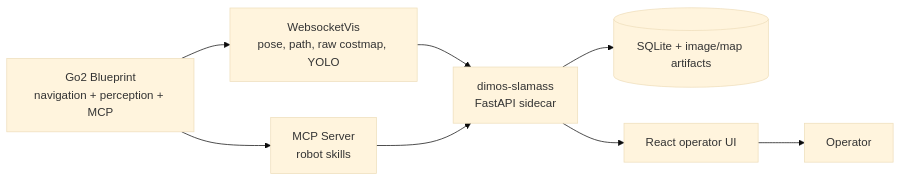
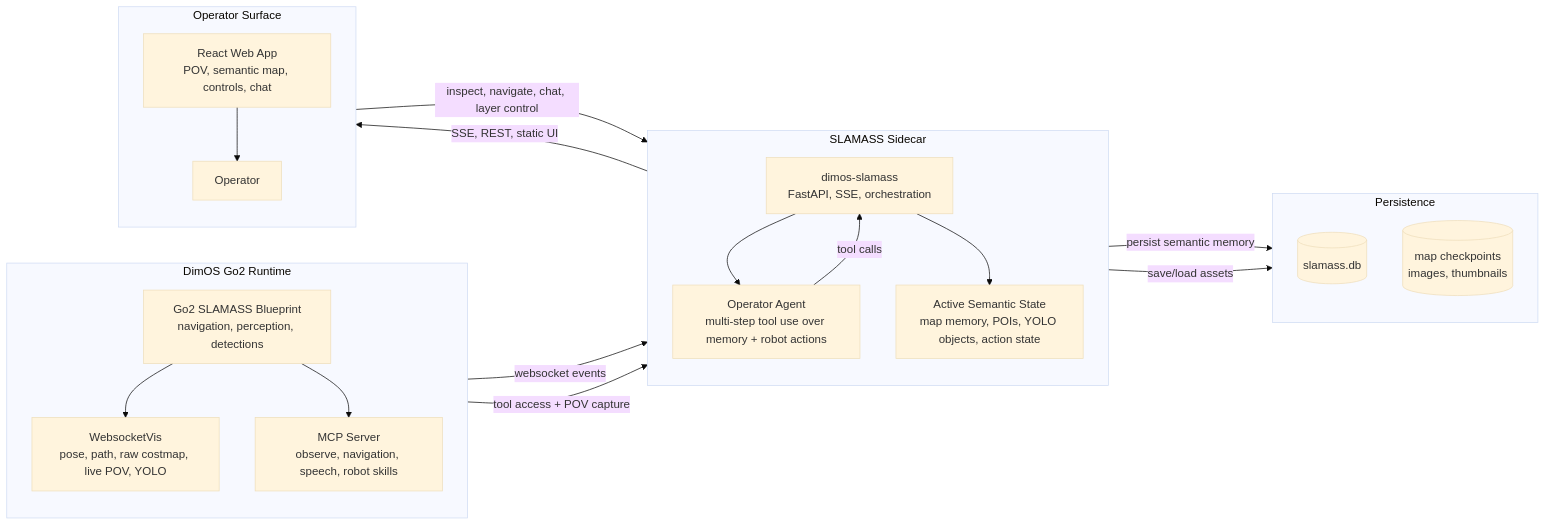
One commit to sherifnafie/dimos-slamass changed the diagram in README.md. Above: the diagram before and after it, drawn with Mermaid (base theme). The commit also changed 1 other file, not shown here.

Commit message:
docs: improve SLAMASS architecture diagrams

````diff
--- a/README.md
+++ b/README.md
@@ -38,10 +38,41 @@
 ```mermaid
 flowchart LR
-    Go2[Go2 Blueprint<br/>navigation + perception + MCP] --> Vis[WebsocketVis<br/>pose, path, raw costmap, YOLO]
-    Go2 --> MCP[MCP Server<br/>robot skills]
-    Vis --> Service[dimos-slamass<br/>FastAPI sidecar]
-    MCP --> Service
-    Service --> Store[(SQLite + image/map artifacts)]
-    Service --> UI[React operator UI]
-    UI --> Operator[Operator]
+    subgraph Runtime["DimOS Go2 Runtime"]
+        direction TB
+        Robot[Go2 SLAMASS Blueprint<br/>navigation, perception, detections]
+        Vis[WebsocketVis<br/>pose, path, raw costmap, live POV, YOLO]
+        MCP[MCP Server<br/>observe, navigation, speech, robot skills]
+        Robot --> Vis
+        Robot --> MCP
+    end
+
+    subgraph Sidecar["SLAMASS Sidecar"]
+        direction TB
+        Service[dimos-slamass<br/>FastAPI, SSE, orchestration]
+        Agent[Operator Agent<br/>multi-step tool use over memory + robot actions]
+        Memory[Active Semantic State<br/>map memory, POIs, YOLO objects, action state]
+        Service --> Agent
+        Agent -->|tool calls| Service
+        Service --> Memory
+    end
+
+    subgraph Persistence["Persistence"]
+        direction TB
+        DB[(slamass.db)]
+        Assets[(map checkpoints<br/>images, thumbnails)]
+    end
+
+    subgraph Frontend["Operator Surface"]
+        direction TB
+        UI[React Web App<br/>POV, semantic map, controls, chat]
+        Operator[Operator]
+        UI --> Operator
+    end
+
+    Vis -->|websocket events| Service
+    MCP -->|tool access + POV capture| Service
+    Service -->|SSE, REST, static UI| UI
+    UI -->|inspect, navigate, chat, layer control| Service
+    Service -->|persist semantic memory| DB
+    Service -->|save/load assets| Assets
 ```
````
